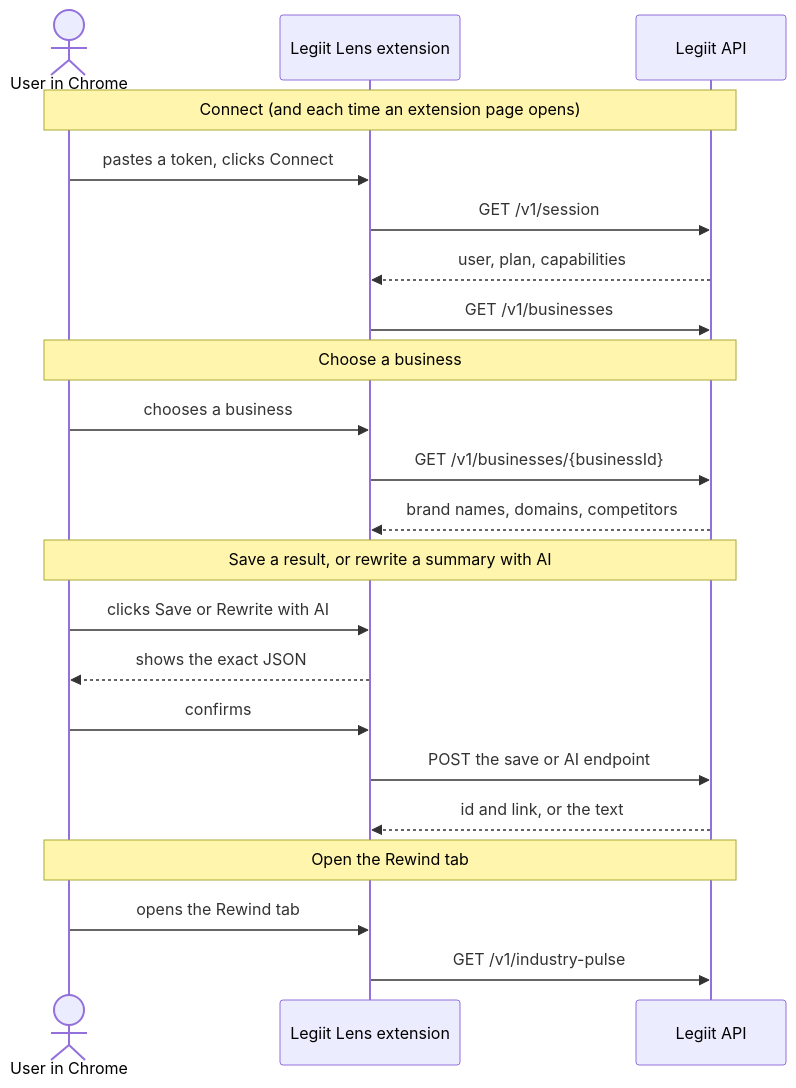
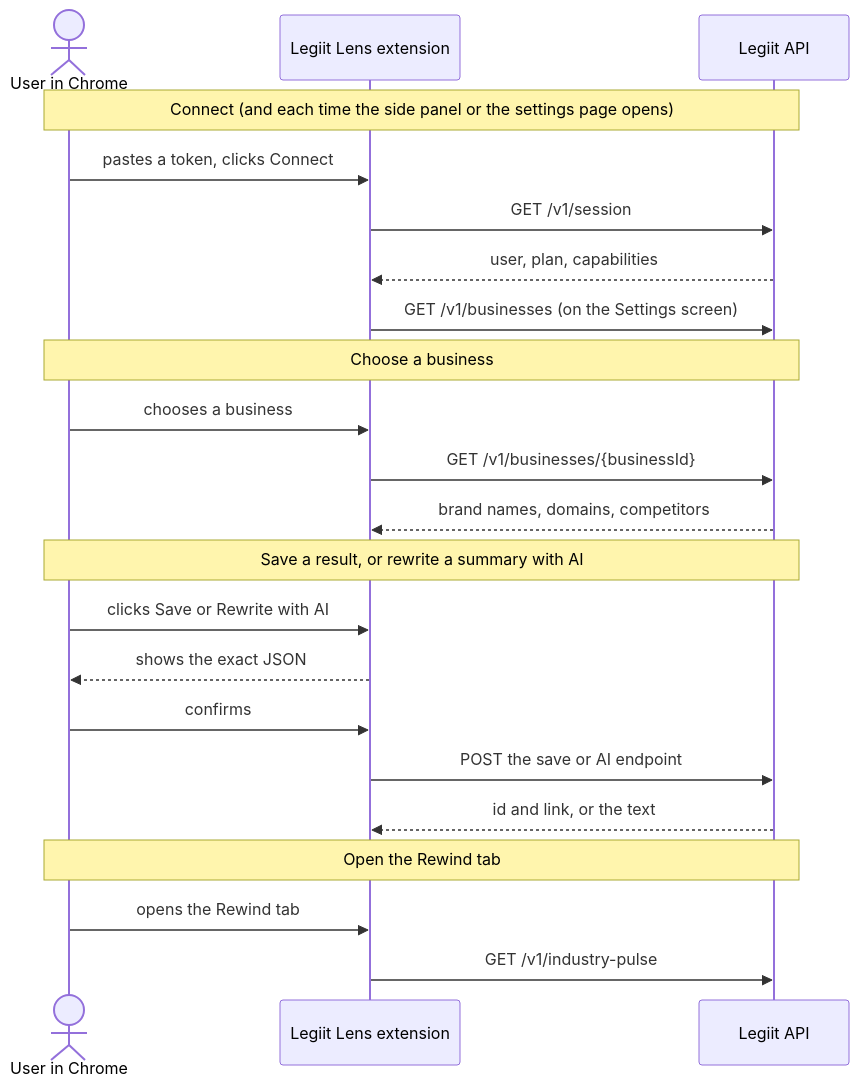
The diagram in docs/legiit-api/README.md (parallax1978/legiit-chrome-extension), drawn with Mermaid before and after one commit. The commit also changed other lines of this file and 16 other files, not shown here.

````diff
--- a/docs/legiit-api/README.md
+++ b/docs/legiit-api/README.md
@@ -50,24 +51,24 @@
 ```mermaid
 sequenceDiagram
     actor U as User in Chrome
     participant E as Legiit Lens extension
     participant A as Legiit API
-    Note over U,A: Connect (and each time an extension page opens)
+    Note over U,A: Connect (and each time the side panel or the settings page opens)
     U->>E: pastes a token, clicks Connect
     E->>A: GET /v1/session
     A-->>E: user, plan, capabilities
-    E->>A: GET /v1/businesses
+    E->>A: GET /v1/businesses (on the Settings screen)
     Note over U,A: Choose a business
     U->>E: chooses a business
     E->>A: GET /v1/businesses/{businessId}
     A-->>E: brand names, domains, competitors
     Note over U,A: Save a result, or rewrite a summary with AI
     U->>E: clicks Save or Rewrite with AI
     E-->>U: shows the exact JSON
     U->>E: confirms
     E->>A: POST the save or AI endpoint
     A-->>E: id and link, or the text
     Note over U,A: Open the Rewind tab
     U->>E: opens the Rewind tab
     E->>A: GET /v1/industry-pulse
 ```
````
